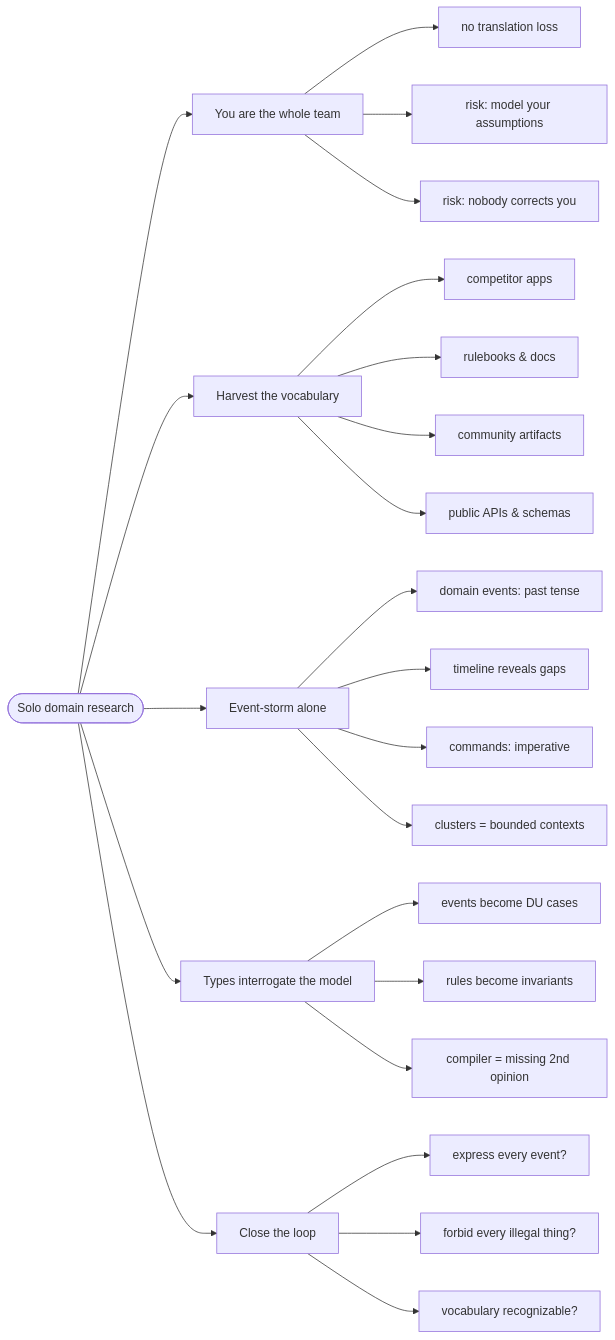
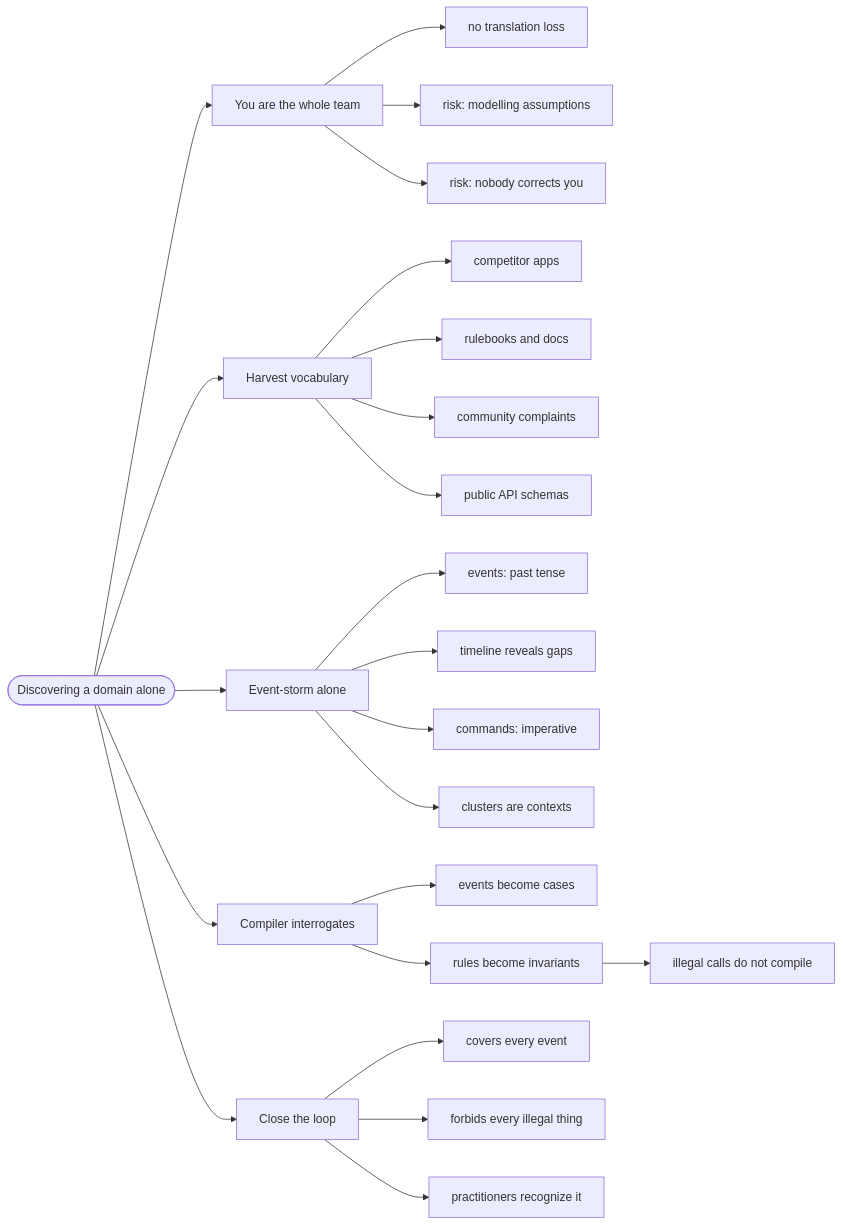
Before and after one commit to 42WASD/42wasd-community-web: the diagram in docs/knowledge/discovering-a-domain-alone/index.md, drawn with Mermaid. The commit also changed other lines of this file and 36 other files, not shown here.

````diff
--- a/docs/knowledge/discovering-a-domain-alone/index.md
+++ b/docs/knowledge/discovering-a-domain-alone/index.md
@@ -129,48 +148,48 @@
 ```mermaid
 flowchart LR
-    n1(["Solo domain research"])
+    n1(["Discovering a domain alone"])
     n2["You are the whole team"]
     n3["no translation loss"]
-    n4["risk: model your assumptions"]
+    n4["risk: modelling assumptions"]
     n5["risk: nobody corrects you"]
-    n6["Harvest the vocabulary"]
+    n6["Harvest vocabulary"]
     n7["competitor apps"]
-    n8["rulebooks &amp; docs"]
-    n9["community artifacts"]
-    n10["public APIs &amp; schemas"]
+    n8["rulebooks and docs"]
+    n9["community complaints"]
+    n10["public API schemas"]
     n11["Event-storm alone"]
-    n12["domain events: past tense"]
+    n12["events: past tense"]
     n13["timeline reveals gaps"]
     n14["commands: imperative"]
-    n15["clusters = bounded contexts"]
-    n16["Types interrogate the model"]
-    n17["events become DU cases"]
+    n15["clusters are contexts"]
+    n16["Compiler interrogates"]
+    n17["events become cases"]
     n18["rules become invariants"]
-    n19["compiler = missing 2nd opinion"]
+    n19["illegal calls do not compile"]
     n20["Close the loop"]
-    n21["express every event?"]
-    n22["forbid every illegal thing?"]
-    n23["vocabulary recognizable?"]
+    n21["covers every event"]
+    n22["forbids every illegal thing"]
+    n23["practitioners recognize it"]
     n1 --> n2
     n2 --> n3
     n2 --> n4
     n2 --> n5
     n1 --> n6
     n6 --> n7
     n6 --> n8
     n6 --> n9
     n6 --> n10
     n1 --> n11
     n11 --> n12
     n11 --> n13
     n11 --> n14
     n11 --> n15
     n1 --> n16
     n16 --> n17
     n16 --> n18
-    n16 --> n19
+    n18 --> n19
     n1 --> n20
     n20 --> n21
     n20 --> n22
     n20 --> n23
 ```
````
